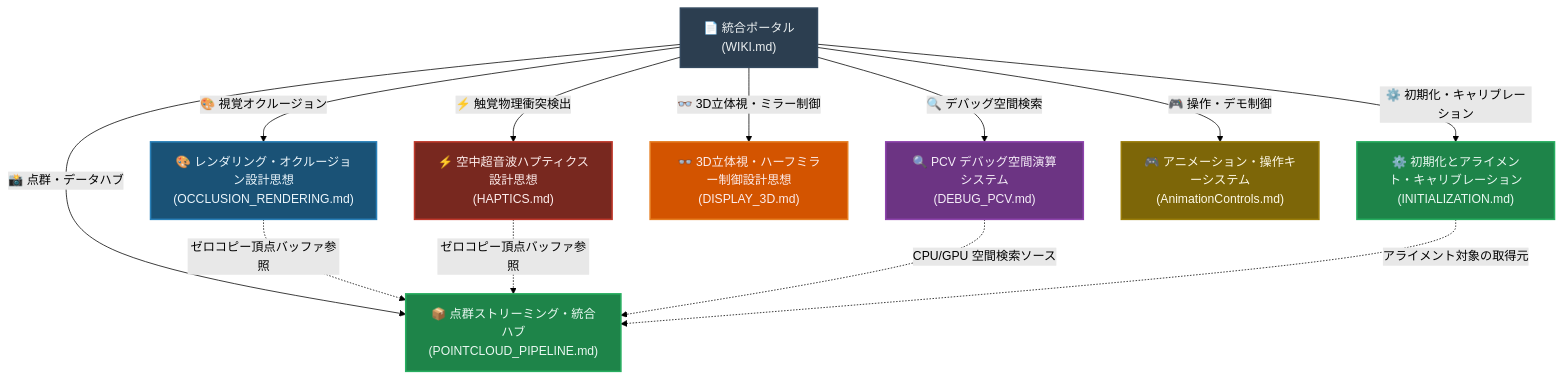
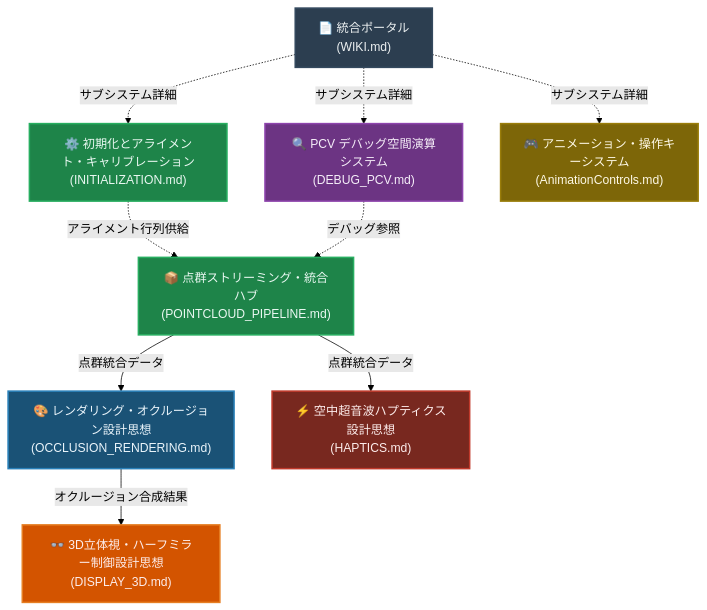
Before and after one commit to kotetsuOU/HandTrakingDemo: the diagram in WIKI.md, drawn with Mermaid (forest theme). The commit also changed other lines of this file and 21 other files, not shown here.

````diff
--- a/WIKI.md
+++ b/WIKI.md
@@ -13,29 +13,32 @@
 ```mermaid
 graph TD
     %% スタイル定義
     classDef main fill:#2C3E50,stroke:#34495E,stroke-width:2px,color:#ECF0F1;
     classDef render fill:#1A5276,stroke:#2980B9,stroke-width:2px,color:#EBF5FB;
     classDef haptic fill:#78281F,stroke:#C0392B,stroke-width:2px,color:#FDEDEC;
     classDef debug fill:#6C3483,stroke:#8E44AD,stroke-width:2px,color:#F5EEF8;
     classDef common fill:#1E8449,stroke:#27AE60,stroke-width:2px,color:#EAF8F2;
     classDef display fill:#D35400,stroke:#E67E22,stroke-width:2px,color:#FDEDEC;
     classDef control fill:#7D6608,stroke:#9A7D0A,stroke-width:2px,color:#FEF9E7;
 
     %% ノード定義
     WIKI["📄 統合ポータル<br/>(WIKI.md)"]:::main
+    PointCloudNode["📦 点群ストリーミング・統合ハブ<br/>(POINTCLOUD_PIPELINE.md)"]:::common
+    RenderNode["🎨 レンダリング・オクルージョン設計思想<br/>(OCCLUSION_RENDERING.md)"]:::render
+    HapticsNode["⚡ 空中超音波ハプティクス設計思想<br/>(HAPTICS.md)"]:::haptic
+    DebugNode["🔍 PCV デバッグ空間演算システム<br/>(DEBUG_PCV.md)"]:::debug
+    DisplayNode["👓 3D立体視・ハーフミラー制御設計思想<br/>(DISPLAY_3D.md)"]:::display
+    InitNode["⚙️ 初期化とアライメント・キャリブレーション<br/>(INITIALIZATION.md)"]:::common
+    ControlNode["🎮 アニメーション・操作キーシステム<br/>(AnimationControls.md)"]:::control
     
-    %% サブシステム分離
-    WIKI -->|"📸 点群・データハブ"| PointCloudNode["📦 点群ストリーミング・統合ハブ<br/>(POINTCLOUD_PIPELINE.md)"]:::common
-    WIKI -->|"🎨 視覚オクルージョン"| RenderNode["🎨 レンダリング・オクルージョン設計思想<br/>(OCCLUSION_RENDERING.md)"]:::render
-    WIKI -->|"⚡ 触覚物理衝突検出"| HapticsNode["⚡ 空中超音波ハプティクス設計思想<br/>(HAPTICS.md)"]:::haptic
-    WIKI -->|"🔍 デバッグ空間検索"| DebugNode["🔍 PCV デバッグ空間演算システム<br/>(DEBUG_PCV.md)"]:::debug
-    WIKI -->|"👓 3D立体視・ミラー制御"| DisplayNode["👓 3D立体視・ハーフミラー制御設計思想<br/>(DISPLAY_3D.md)"]:::display
-    WIKI -->|"⚙️ 初期化・キャリブレーション"| InitNode["⚙️ 初期化とアライメント・キャリブレーション<br/>(INITIALIZATION.md)"]:::common
-    WIKI -->|"🎮 操作・デモ制御"| ControlNode["🎮 アニメーション・操作キーシステム<br/>(AnimationControls.md)"]:::control
+    %% データフロー（パイプライン）
+    WIKI -.->|"サブシステム詳細"| InitNode
+    WIKI -.->|"サブシステム詳細"| DebugNode
+    WIKI -.->|"サブシステム詳細"| ControlNode
 
-    %% 共通データハブへの依存関係 (RsGlobalPointCloudManager)
-    RenderNode -.->|ゼロコピー頂点バッファ参照| PointCloudNode
-    HapticsNode -.->|ゼロコピー頂点バッファ参照| PointCloudNode
-    DebugNode -.->|CPU/GPU 空間検索ソース| PointCloudNode
-    InitNode -.->|アライメント対象の取得元| PointCloudNode
+    InitNode -.->|"アライメント行列供給"| PointCloudNode
+    PointCloudNode -->|"点群統合データ"| RenderNode
+    PointCloudNode -->|"点群統合データ"| HapticsNode
+    RenderNode -->|"オクルージョン合成結果"| DisplayNode
+    DebugNode -.->|"デバッグ参照"| PointCloudNode
 ```
````
